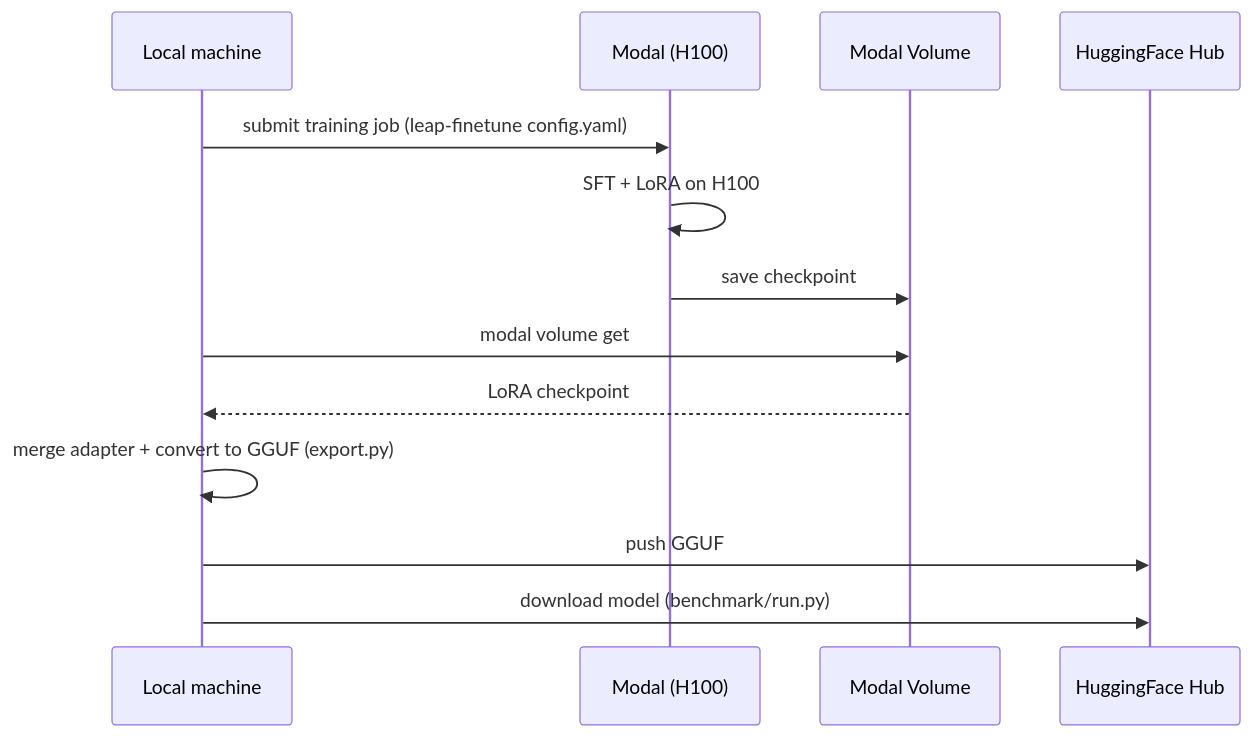
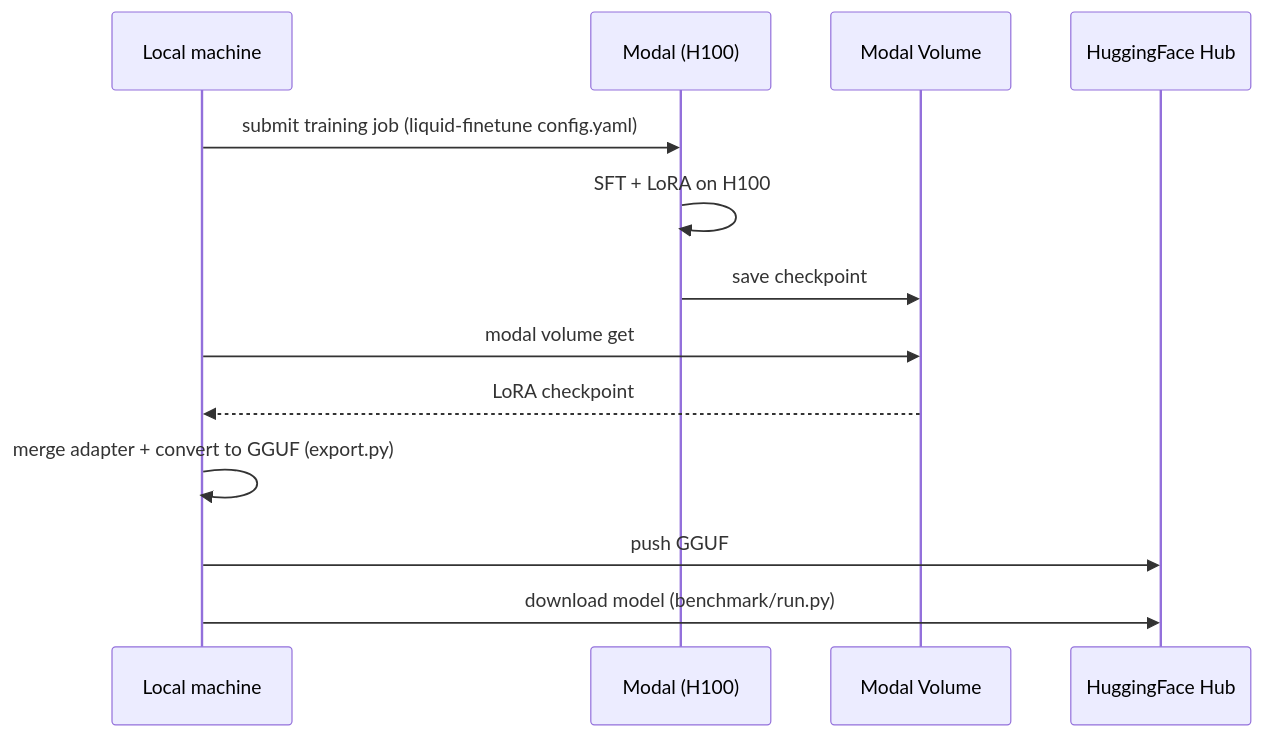
One commit to Liquid4All/docs changed the fourth of 4 diagrams in examples/customize-models/home-assistant.mdx. Above: the diagram before and after it, drawn with Mermaid. The commit also changed other lines of this file and 18 other files, not shown here.

````diff
--- a/examples/customize-models/home-assistant.mdx
+++ b/examples/customize-models/home-assistant.mdx
@@ -293,16 +293,16 @@
 ```mermaid
 sequenceDiagram
     participant Local as Local machine
     participant Modal as Modal (H100)
     participant Volume as Modal Volume
     participant HF as HuggingFace Hub
 
-    Local->>Modal: submit training job (leap-finetune config.yaml)
+    Local->>Modal: submit training job (liquid-finetune config.yaml)
     Modal->>Modal: SFT + LoRA on H100
     Modal->>Volume: save checkpoint
     Local->>Volume: modal volume get
     Volume-->>Local: LoRA checkpoint
     Local->>Local: merge adapter + convert to GGUF (export.py)
     Local->>HF: push GGUF
     Local->>HF: download model (benchmark/run.py)
 ```
````
